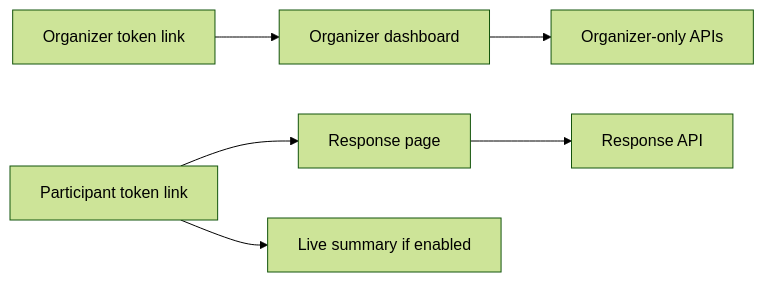
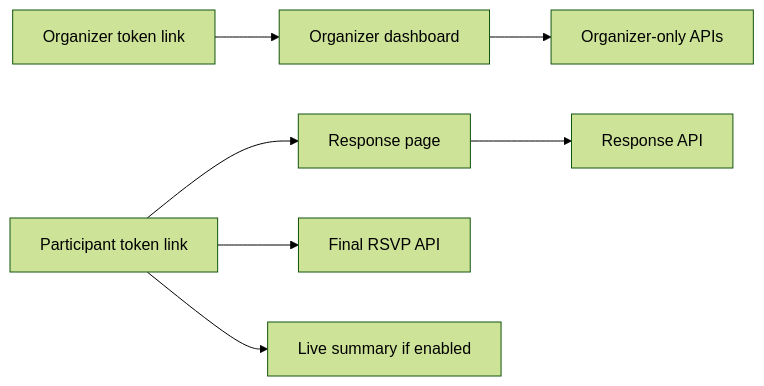
Before and after one commit to anxkhn/togoo: the third of 3 diagrams in PRD.md, drawn with Mermaid (forest theme). The commit also changed other lines of this file and 13 other files, not shown here.

Commit message:
refactor: store final RSVP status as integer codes

````diff
--- a/PRD.md
+++ b/PRD.md
@@ -281,8 +286,9 @@
 ```mermaid
 flowchart LR
     OrganizerLink[Organizer token link] --> OrganizerDashboard[Organizer dashboard]
     OrganizerDashboard --> OrganizerApis[Organizer-only APIs]
     ParticipantLink[Participant token link] --> ResponsePage[Response page]
     ResponsePage --> RespondApi[Response API]
+    ParticipantLink --> FinalRsvpApi[Final RSVP API]
     ParticipantLink --> SummaryPage[Live summary if enabled]
 ```
````
